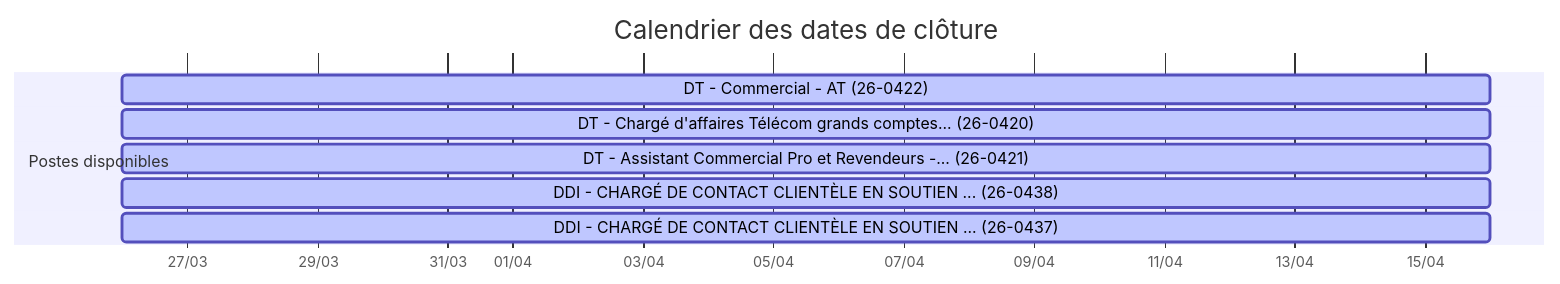
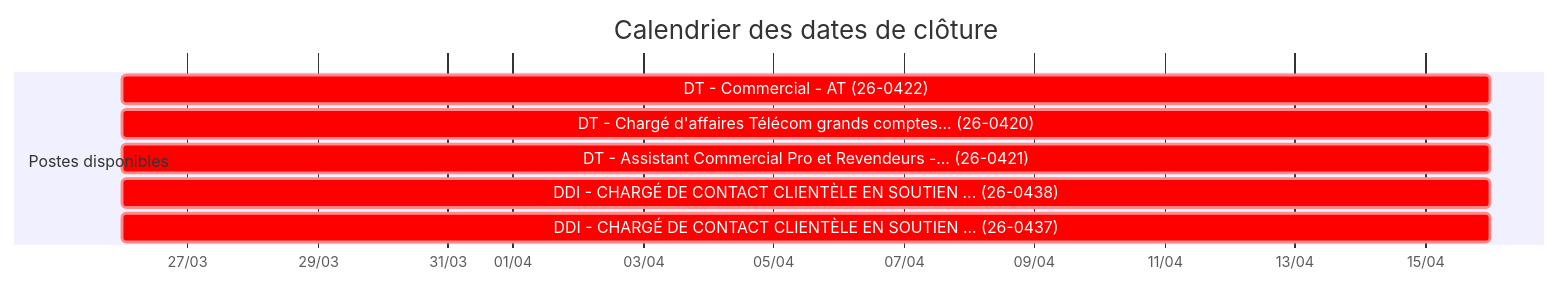
One commit to opt-nc/odata-avps-drhfpnc changed the second of 2 diagrams in data/index.md. Above: the diagram before and after it, drawn with Mermaid. The commit also changed other lines of this file and 3 other files, not shown here.

````diff
--- a/data/index.md
+++ b/data/index.md
@@ -22,13 +22,13 @@
 ```mermaid
 gantt
     title Calendrier des dates de clôture
     dateFormat YYYY-MM-DD
     axisFormat %d/%m
     
     section Postes disponibles
-    DT - Commercial - AT (26-0422)    :active, task13875, 2026-03-26, 2026-04-16
-    DT - Chargé d'affaires Télécom grands comptes... (26-0420)    :active, task13894, 2026-03-26, 2026-04-16
-    DT - Assistant Commercial Pro et Revendeurs -... (26-0421)    :active, task13995, 2026-03-26, 2026-04-16
-    DDI - CHARGÉ DE CONTACT CLIENTÈLE EN SOUTIEN ... (26-0438)    :active, task17008, 2026-03-26, 2026-04-16
-    DDI - CHARGÉ DE CONTACT CLIENTÈLE EN SOUTIEN ... (26-0437)    :active, task17009, 2026-03-26, 2026-04-16
+    DT - Commercial - AT (26-0422)    :crit, task2436, 2026-03-26, 2026-04-16
+    DT - Chargé d'affaires Télécom grands comptes... (26-0420)    :crit, task2455, 2026-03-26, 2026-04-16
+    DT - Assistant Commercial Pro et Revendeurs -... (26-0421)    :crit, task2556, 2026-03-26, 2026-04-16
+    DDI - CHARGÉ DE CONTACT CLIENTÈLE EN SOUTIEN ... (26-0438)    :crit, task7413, 2026-03-26, 2026-04-16
+    DDI - CHARGÉ DE CONTACT CLIENTÈLE EN SOUTIEN ... (26-0437)    :crit, task7414, 2026-03-26, 2026-04-16
 ```
````
